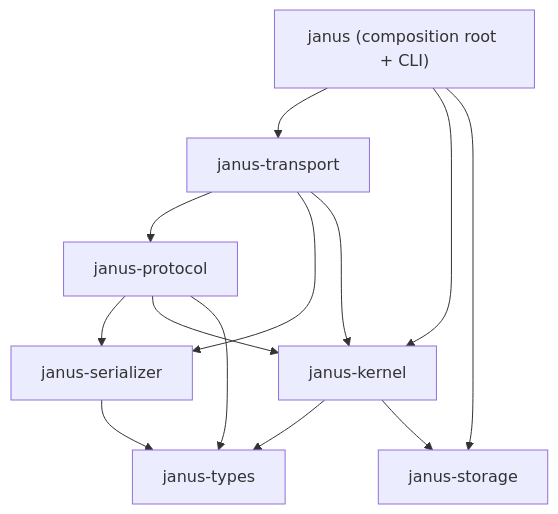
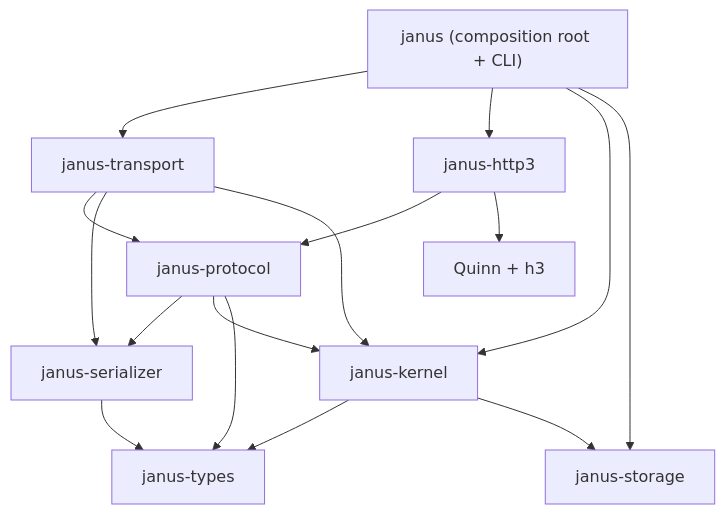
One commit to samuelfabel/janus changed the third of 6 diagrams in docs/architecture.md. Above: the diagram before and after it, drawn with Mermaid. The commit also changed other lines of this file and 14 other files, not shown here.

````diff
--- a/docs/architecture.md
+++ b/docs/architecture.md
@@ -138,15 +144,18 @@
 ```mermaid
 flowchart TD
     BIN["janus (composition root + CLI)"] --> T[janus-transport]
+    BIN --> H3[janus-http3]
     BIN --> K[janus-kernel]
     BIN --> S[janus-storage]
     T --> P[janus-protocol]
     T --> SER[janus-serializer]
     T --> K
+    H3 --> P
+    H3 --> Q[Quinn + h3]
     P --> SER
     P --> K
     P --> TY[janus-types]
     SER --> TY
     K --> TY
     K --> S
 ```
````
